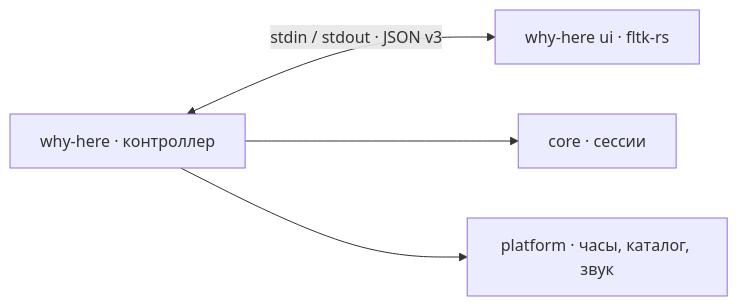
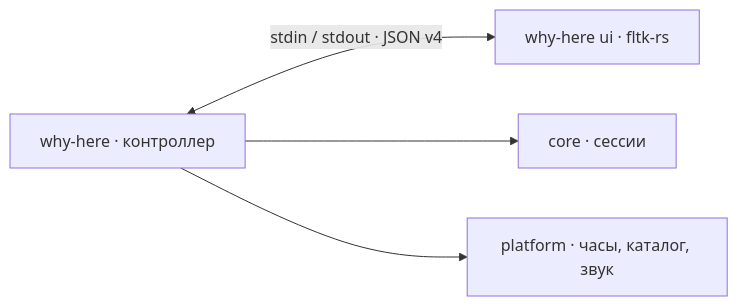
The diagram in README.ru.md (hlophlopgaming/why-i-m-here-RS), drawn with Mermaid before and after one commit. The commit also changed other lines of this file and 13 other files, not shown here.

````diff
--- a/README.ru.md
+++ b/README.ru.md
@@ -209,6 +231,6 @@
 ```mermaid
 flowchart LR
-    D["why-here · контроллер"] <-->|"stdin / stdout · JSON v3"| U["why-here ui · fltk-rs"]
+    D["why-here · контроллер"] <-->|"stdin / stdout · JSON v4"| U["why-here ui · fltk-rs"]
     D --> C["core · сессии"]
     D --> P["platform · часы, каталог, звук"]
 ```
````
